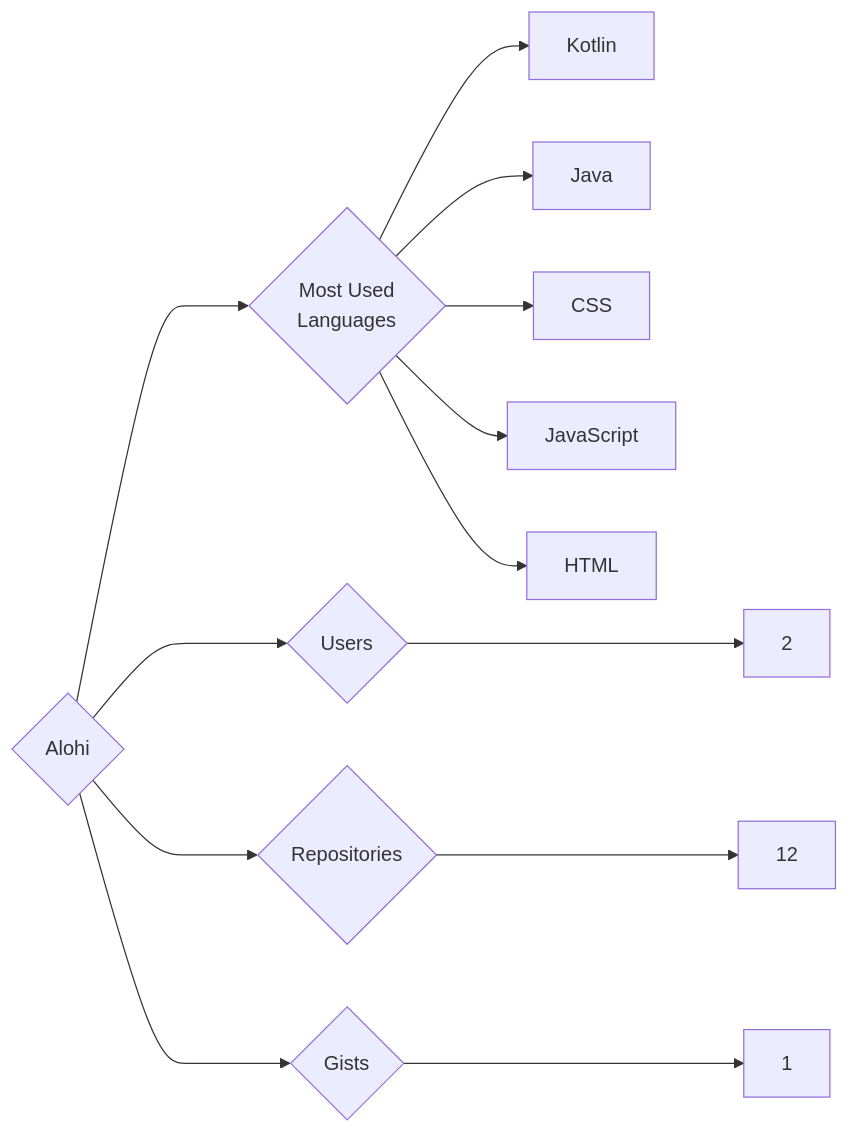
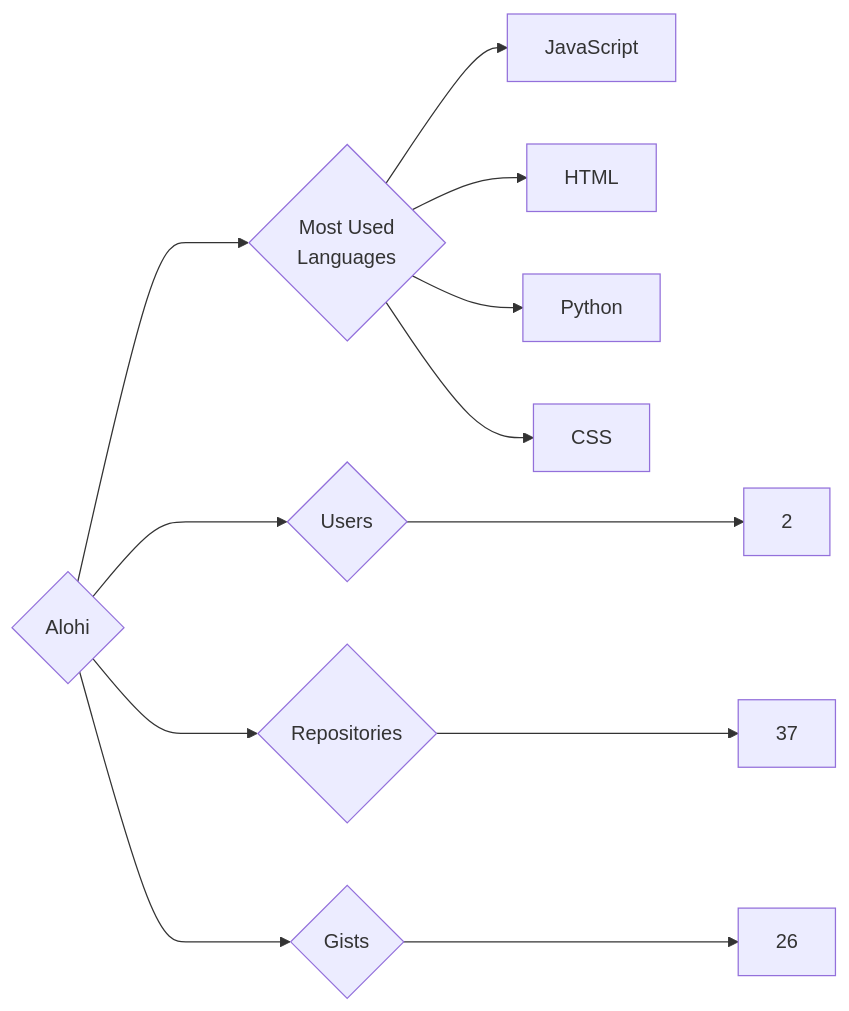
One commit to trickest/insiders changed the diagram in targets/Alohi/README.md. Above: the diagram before and after it, drawn with Mermaid. The commit also changed 1084 other files, not shown here.

````diff
--- a/targets/Alohi/README.md
+++ b/targets/Alohi/README.md
@@ -3,13 +3,12 @@
 ```mermaid
 graph LR
 COMPANY_NAME{Alohi}
 COMPANY_NAME ---> U{Users} ---> UN[2]
-COMPANY_NAME ---> R{Repositories} ---> RN[12]
-COMPANY_NAME ---> G{Gists} ---> GN[1]
+COMPANY_NAME ---> R{Repositories} ---> RN[37]
+COMPANY_NAME ---> G{Gists} ---> GN[26]
 COMPANY_NAME ---> ML{Most Used<br>Languages}
-ML --> Kotlin[Kotlin]
-ML --> Java[Java]
-ML --> CSS[CSS]
 ML --> JavaScript[JavaScript]
 ML --> HTML[HTML]
+ML --> Python[Python]
+ML --> CSS[CSS]
 ```
````
